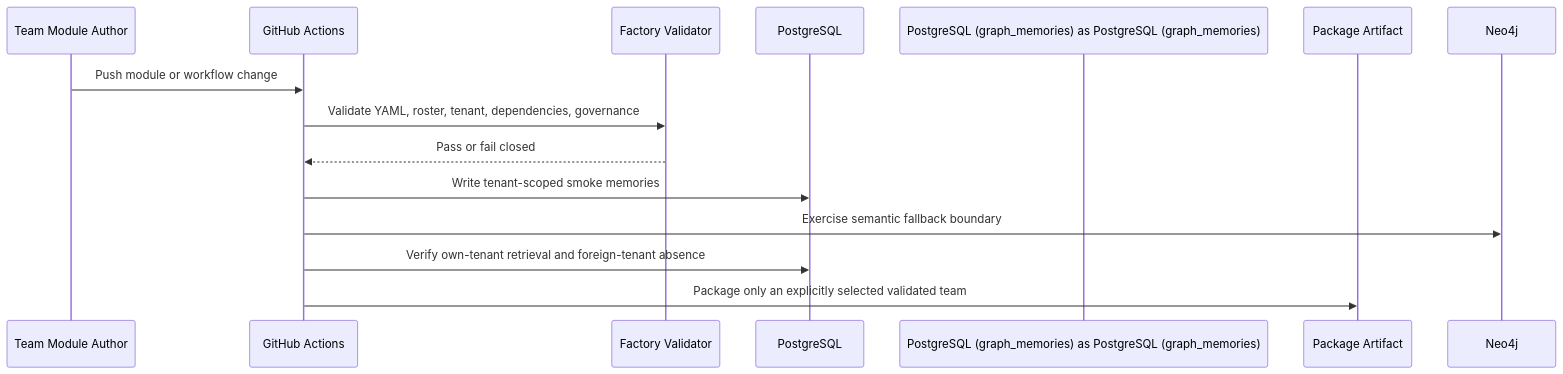
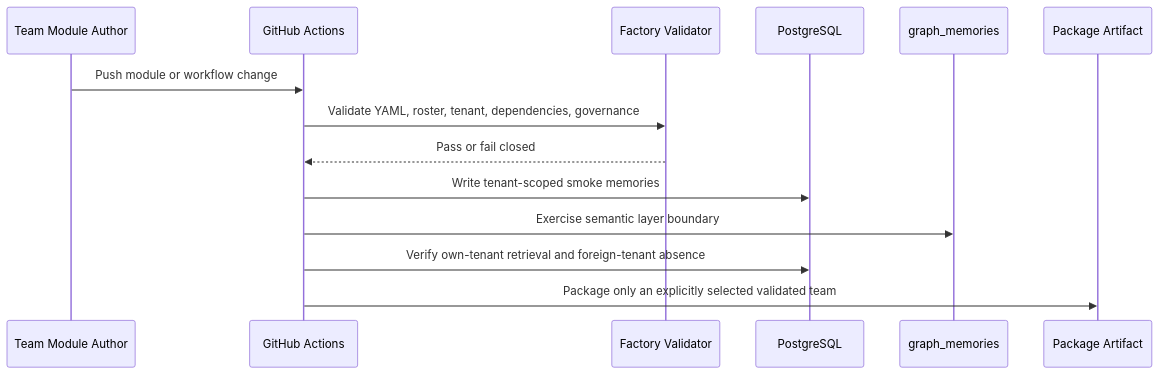
Before and after one commit to Allura-Ecosystem/Allura_Memory: the sixth of 9 diagrams in docs/allura/SOLUTION-ARCHITECTURE.md, drawn with Mermaid. The commit also changed other lines of this file and 414 other files, not shown here.

First line of the commit message:
chore: remove the retired graph backend from active Allura surfaces

````diff
--- a/docs/allura/SOLUTION-ARCHITECTURE.md
+++ b/docs/allura/SOLUTION-ARCHITECTURE.md
@@ -212,17 +209,17 @@
 ```mermaid
 sequenceDiagram
     participant Author as Team Module Author
     participant CI as GitHub Actions
     participant Validator as Factory Validator
     participant PG as PostgreSQL
-    participant PostgreSQL (graph_memories) as PostgreSQL (graph_memories)
+    participant Sem as graph_memories
     participant Artifact as Package Artifact
 
     Author->>CI: Push module or workflow change
     CI->>Validator: Validate YAML, roster, tenant, dependencies, governance
     Validator-->>CI: Pass or fail closed
     CI->>PG: Write tenant-scoped smoke memories
-    CI->>Neo4j: Exercise semantic fallback boundary
+    CI->>Sem: Exercise semantic layer boundary
     CI->>PG: Verify own-tenant retrieval and foreign-tenant absence
     CI->>Artifact: Package only an explicitly selected validated team
 ```
````
